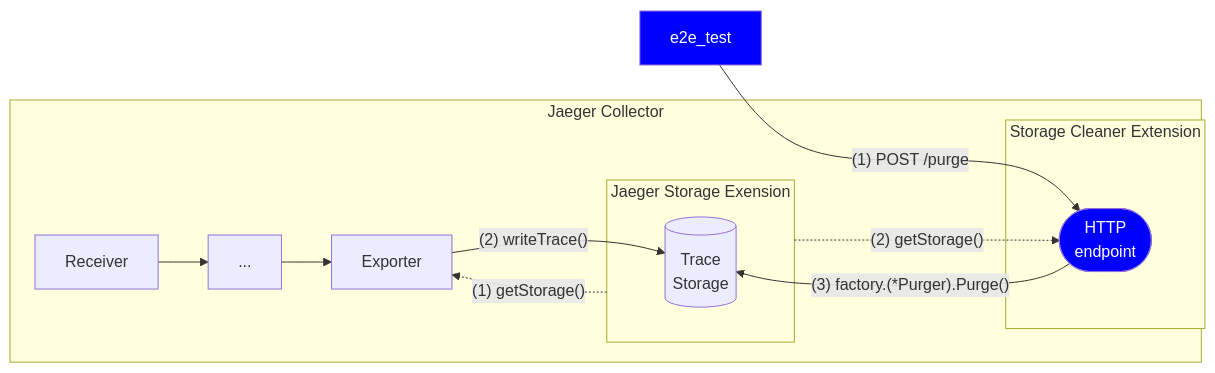
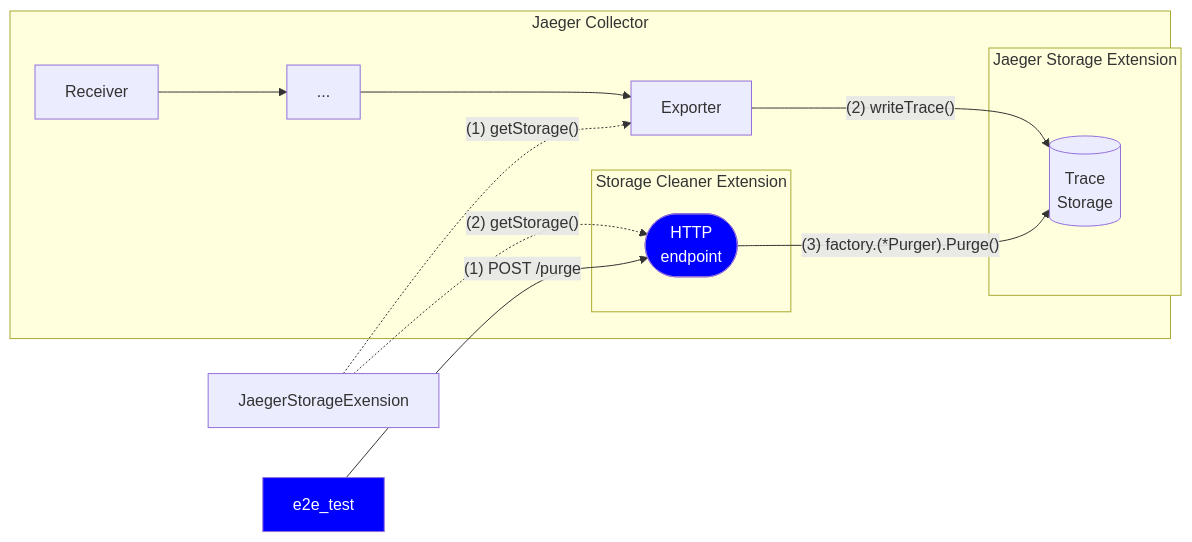
Before and after one commit to jaegertracing/jaeger: the second of 4 diagrams in cmd/jaeger/internal/integration/README.md, drawn with Mermaid. The commit also changed 3 other files, not shown here.

````diff
--- a/cmd/jaeger/internal/integration/README.md
+++ b/cmd/jaeger/internal/integration/README.md
@@ -36,29 +36,29 @@
 ```mermaid
 flowchart LR
     Receiver --> Processor
     Processor[...] --> Exporter
     JaegerStorageExension -.->|"(1) getStorage()"| Exporter
     Exporter -->|"(2) writeTrace()"| Storage
 
     e2e_test -->|"(1) POST /purge"| HTTP_endpoint
     JaegerStorageExension -.->|"(2) getStorage()"| HTTP_endpoint
     HTTP_endpoint -->|"(3) factory.(*Purger).Purge()"| Storage
 
     style e2e_test fill:blue,color:white
     style HTTP_endpoint fill:blue,color:white
 
     subgraph Jaeger Collector
         Receiver
         Processor
         Exporter
 
-        subgraph JaegerStorageExension[Jaeger Storage Exension]
+        subgraph JaegerStorageExtension[Jaeger Storage Extension]
             Storage[(Trace
                      Storage)]
         end
         subgraph StorageCleanerExtension[Storage Cleaner Extension]
             HTTP_endpoint([HTTP
                            endpoint])
         end
     end
 ```
````
